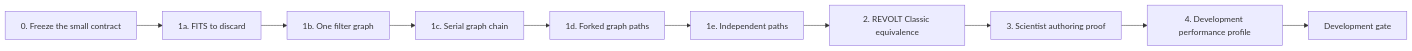
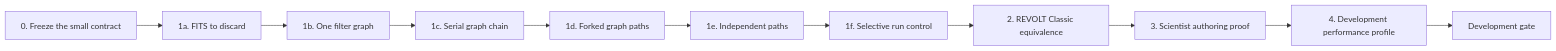
The diagram in docs/roadmap.md (DarrylGamroth/pipewireao-rtc), drawn with Mermaid before and after one commit. The commit also changed other lines of this file and 20 other files, not shown here.

Commit message:
feat: add selective RTC graph run control

````diff
--- a/docs/roadmap.md
+++ b/docs/roadmap.md
@@ -42,16 +42,17 @@
 ```mermaid
 flowchart LR
     Contract["0. Freeze the small contract"]
     Transport["1a. FITS to discard"]
     Fixture["1b. One filter graph"]
     Chain["1c. Serial graph chain"]
     Fork["1d. Forked graph paths"]
     Parallel["1e. Independent paths"]
+    Control["1f. Selective run control"]
     Revolt["2. REVOLT Classic equivalence"]
     Authoring["3. Scientist authoring proof"]
     Profile["4. Development performance profile"]
     Gate["Development gate"]
 
-    Contract --> Transport --> Fixture --> Chain --> Fork --> Parallel
-    Parallel --> Revolt --> Authoring --> Profile --> Gate
+    Contract --> Transport --> Fixture --> Chain --> Fork --> Parallel --> Control
+    Control --> Revolt --> Authoring --> Profile --> Gate
 ```
````
